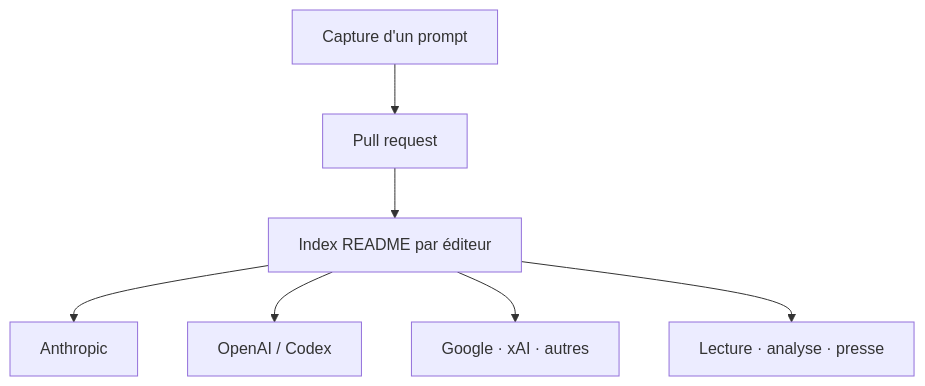
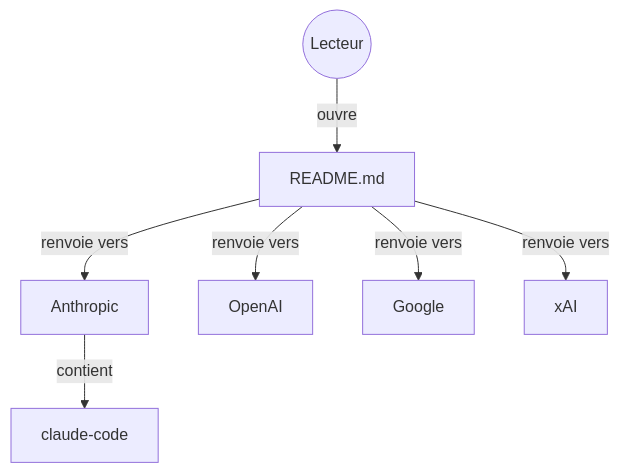
One commit to floSa/Veille-Repo changed the diagram in veille/.data/fiches/asgeirtj__system_prompts_leaks.md. Above: the diagram before and after it, drawn with Mermaid. The commit also changed other lines of this file and 1330 other files, not shown here.

First line of the commit message:
Mise à jour du catalogue : 7723 fiches, 7291 diagrammes

````diff
--- a/veille/.data/fiches/asgeirtj__system_prompts_leaks.md
+++ b/veille/.data/fiches/asgeirtj__system_prompts_leaks.md
@@ -27,9 +27,9 @@
 ```mermaid
-flowchart TB
-  Cap["Capture d'un prompt"] --> PR["Pull request"]
-  PR --> Idx["Index README par éditeur"]
-  Idx --> A["Anthropic"]
-  Idx --> O["OpenAI / Codex"]
-  Idx --> G["Google · xAI · autres"]
-  Idx --> Use["Lecture · analyse · presse"]
+flowchart TD
+  reader(("Lecteur")) -->|"ouvre"| readme["README.md"]
+  readme -->|"renvoie vers"| anth["Anthropic"]
+  readme -->|"renvoie vers"| oai["OpenAI"]
+  readme -->|"renvoie vers"| goog["Google"]
+  readme -->|"renvoie vers"| xai["xAI"]
+  anth -->|"contient"| cc["claude-code"]
 ```
````
